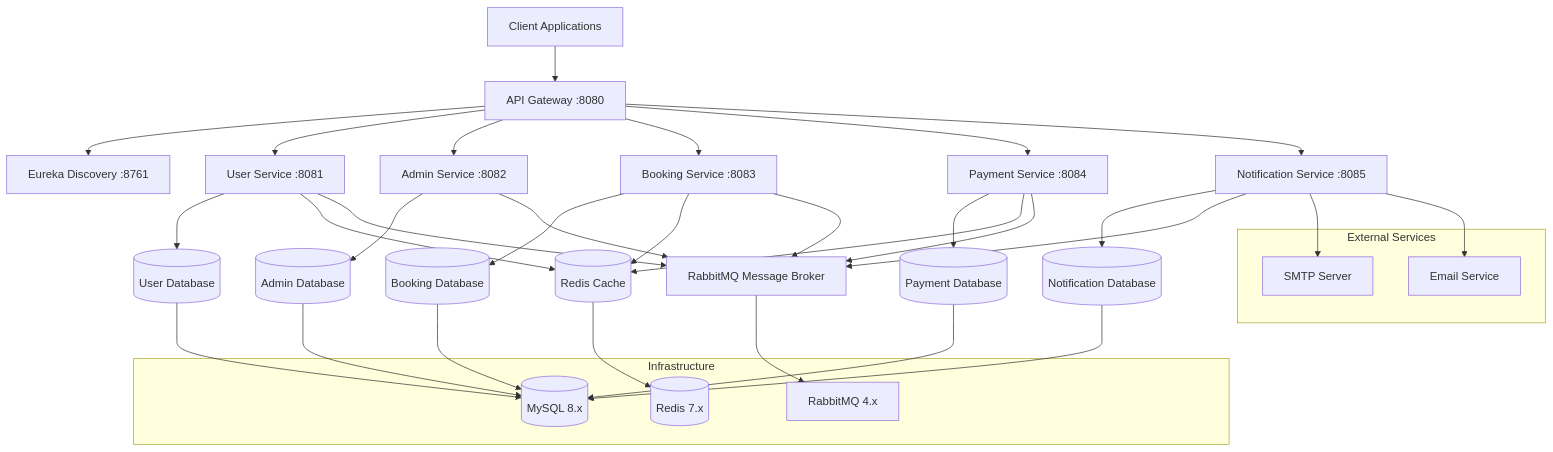
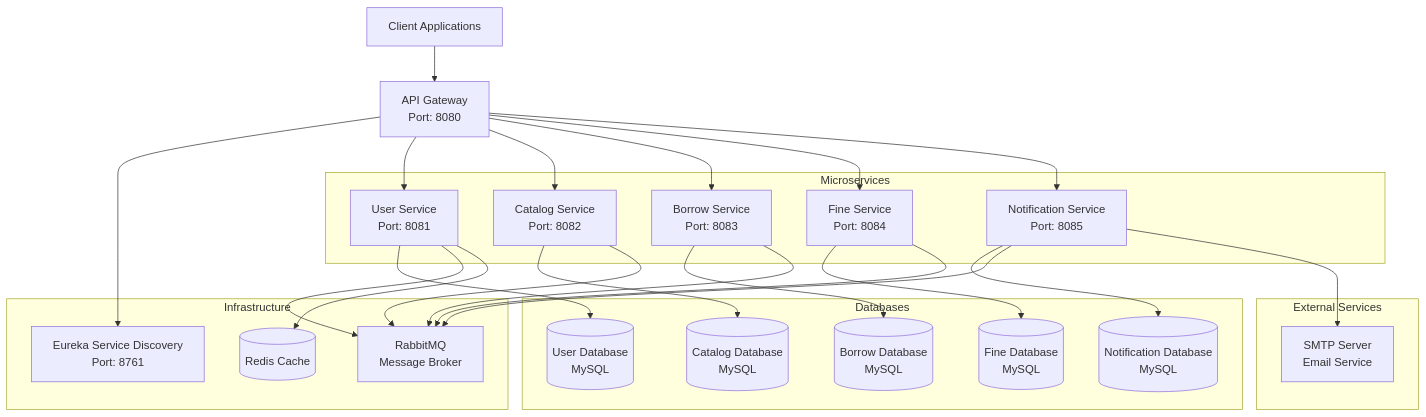
Before and after one commit to rahulbansod26/Library-Management-System: the first of 2 diagrams in README.md, drawn with Mermaid. The commit also changed other lines of this file, not shown here.

````diff
--- a/README.md
+++ b/README.md
@@ -18,50 +19,53 @@
 ```mermaid
 graph TB
-    Client[Client Applications] --> Gateway[API Gateway :8080]
+    Client[Client Applications] --> Gateway[API Gateway<br/>Port: 8080]
+    Gateway --> Eureka[Eureka Service Discovery<br/>Port: 8761]
     
-    Gateway --> Discovery[Eureka Discovery :8761]
-    Gateway --> UserService[User Service :8081]
-    Gateway --> AdminService[Admin Service :8082]
-    Gateway --> BookingService[Booking Service :8083]
-    Gateway --> PaymentService[Payment Service :8084]
-    Gateway --> NotificationService[Notification Service :8085]
+    Gateway --> UserService[User Service<br/>Port: 8081]
+    Gateway --> CatalogService[Catalog Service<br/>Port: 8082]
+    Gateway --> BorrowService[Borrow Service<br/>Port: 8083]
+    Gateway --> FineService[Fine Service<br/>Port: 8084]
+    Gateway --> NotificationService[Notification Service<br/>Port: 8085]
     
-    UserService --> UserDB[(User Database)]
-    AdminService --> AdminDB[(Admin Database)]
-    BookingService --> BookingDB[(Booking Database)]
-    PaymentService --> PaymentDB[(Payment Database)]
-    NotificationService --> NotificationDB[(Notification Database)]
+    UserService --> UserDB[(User Database<br/>MySQL)]
+    CatalogService --> CatalogDB[(Catalog Database<br/>MySQL)]
+    BorrowService --> BorrowDB[(Borrow Database<br/>MySQL)]
+    FineService --> FineDB[(Fine Database<br/>MySQL)]
+    NotificationService --> NotifDB[(Notification Database<br/>MySQL)]
+    
+    UserService --> RabbitMQ[RabbitMQ<br/>Message Broker]
+    CatalogService --> RabbitMQ
+    BorrowService --> RabbitMQ
+    FineService --> RabbitMQ
+    NotificationService --> RabbitMQ
     
     UserService --> Redis[(Redis Cache)]
-    BookingService --> Redis
-    PaymentService --> Redis
     
-    UserService --> RabbitMQ[RabbitMQ Message Broker]
-    AdminService --> RabbitMQ
-    BookingService --> RabbitMQ
-    PaymentService --> RabbitMQ
-    NotificationService --> RabbitMQ
+    NotificationService --> SMTP[SMTP Server<br/>Email Service]
     
     subgraph "External Services"
-        SMTP[SMTP Server]
-        EmailService[Email Service]
+        SMTP
     end
     
-    NotificationService --> SMTP
-    NotificationService --> EmailService
-    
     subgraph "Infrastructure"
-        MySQL[(MySQL 8.x)]
-        RedisInfra[(Redis 7.x)]
-        RabbitInfra[RabbitMQ 4.x]
+        Eureka
+        RabbitMQ
+        Redis
     end
     
-    UserDB --> MySQL
-    AdminDB --> MySQL
-    BookingDB --> MySQL
-    PaymentDB --> MySQL
-    NotificationDB --> MySQL
+    subgraph "Microservices"
+        UserService
+        CatalogService
+        BorrowService
+        FineService
+        NotificationService
+    end
     
-    Redis --> RedisInfra
-    RabbitMQ --> RabbitInfra
+    subgraph "Databases"
+        UserDB
+        CatalogDB
+        BorrowDB
+        FineDB
+        NotifDB
+    end
 ```
````
